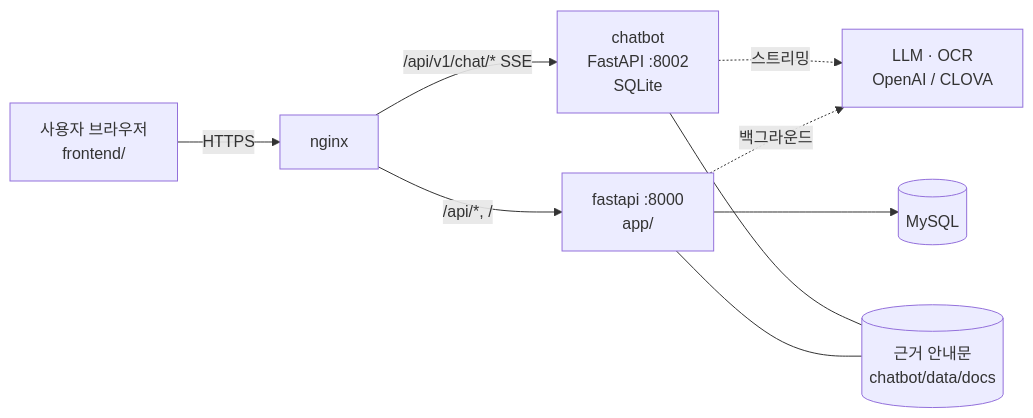
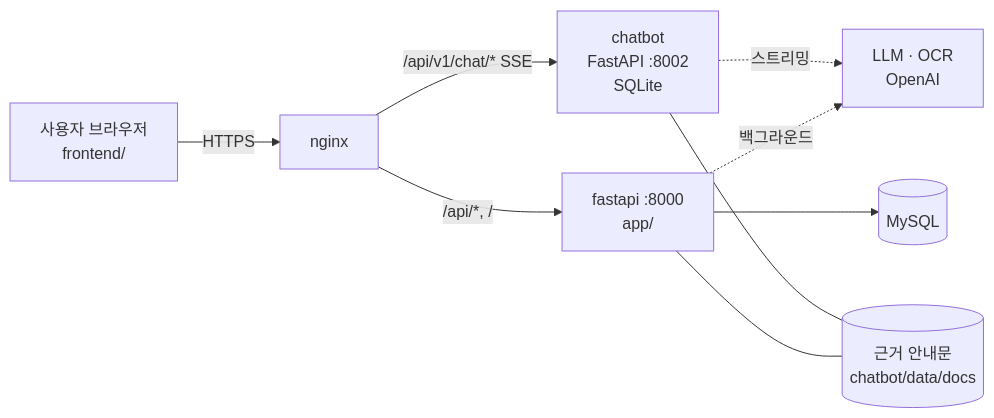
One commit to AI-HealthCare-06/AH_06_04 changed the diagram in README.md. Above: the diagram before and after it, drawn with Mermaid. The commit also changed other lines of this file and 6 other files, not shown here.

First line of the commit message:
🔥 chore: 네이버 CLOVA OCR 제거 — OCR 은 fake / openai 만

````diff
--- a/README.md
+++ b/README.md
@@ -25,11 +25,11 @@
 ```mermaid
 flowchart LR
   U[사용자 브라우저<br/>frontend/] -->|HTTPS| N[nginx]
   N -->|/api/v1/chat/*  SSE| C[chatbot<br/>FastAPI :8002<br/>SQLite]
   N -->|/api/*, /| A[fastapi :8000<br/>app/]
   A --> M[(MySQL)]
-  A -. 백그라운드 .-> L[LLM · OCR<br/>OpenAI / CLOVA]
+  A -. 백그라운드 .-> L[LLM · OCR<br/>OpenAI]
   C -. 스트리밍 .-> L
   A --- K[(근거 안내문<br/>chatbot/data/docs)]
   C --- K
 ```
````
